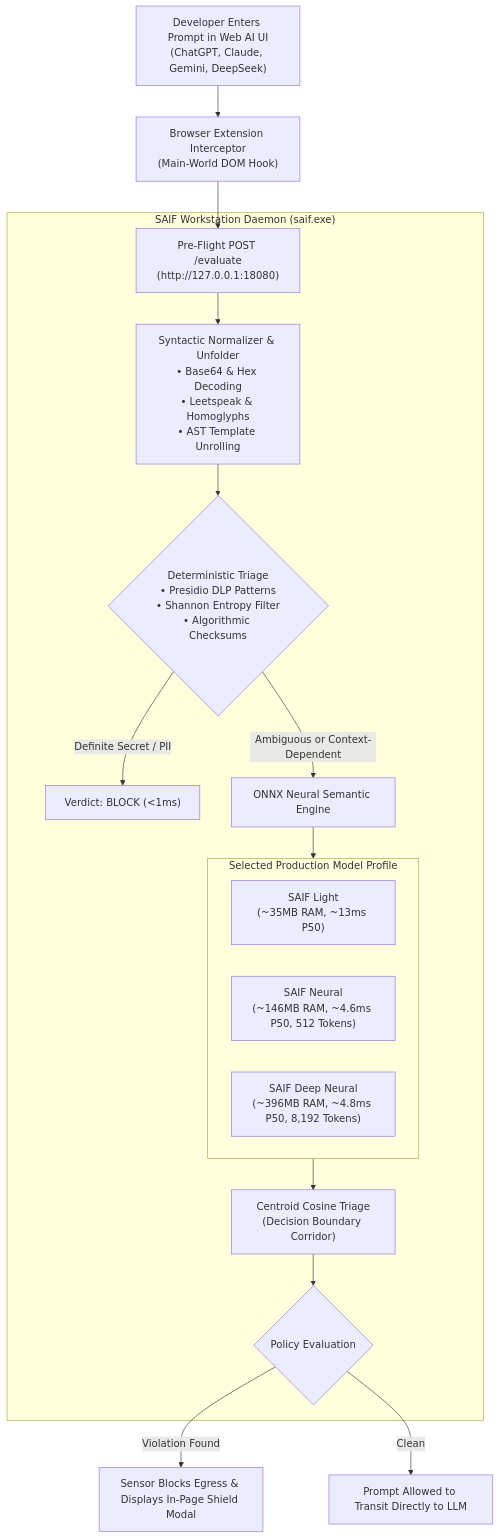
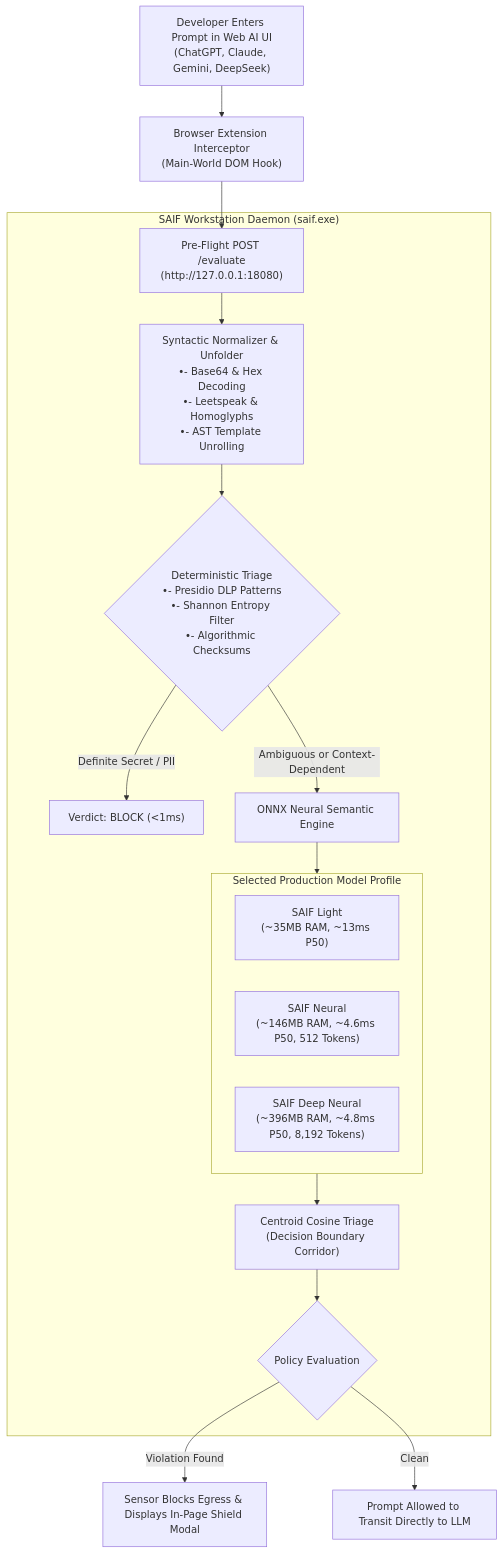
One commit to sudohackfu/saif-free-tier changed the diagram in docs/BENCHMARK.md. Above: the diagram before and after it, drawn with Mermaid. The commit also changed other lines of this file and 9 other files, not shown here.

Commit message:
docs(architecture): add Mermaid diagrams and cross-link architecture documentation

````diff
--- a/docs/BENCHMARK.md
+++ b/docs/BENCHMARK.md
@@ -35,31 +35,31 @@
 ```mermaid
 flowchart TD
     UserPrompt["Developer Enters Prompt in Web AI UI<br/>(ChatGPT, Claude, Gemini, DeepSeek)"]
     Sensor["Browser Extension Interceptor<br/>(Main-World DOM Hook)"]
     UserPrompt --> Sensor
     
     Sensor --> Preflight["Pre-Flight POST /evaluate<br/>(http://127.0.0.1:18080)"]
     
     subgraph WorkstationDaemon["SAIF Workstation Daemon (saif.exe)"]
-        Preproc["Syntactic Normalizer & Unfolder<br/>• Base64 & Hex Decoding<br/>• Leetspeak & Homoglyphs<br/>• AST Template Unrolling"]
+        Preproc["Syntactic Normalizer & Unfolder<br/>•- Base64 & Hex Decoding<br/>•- Leetspeak & Homoglyphs<br/>•- AST Template Unrolling"]
         Preflight --> Preproc
         
-        FastPath{"Deterministic Triage<br/>• Presidio DLP Patterns<br/>• Shannon Entropy Filter<br/>• Algorithmic Checksums"}
+        FastPath{"Deterministic Triage<br/>•- Presidio DLP Patterns<br/>•- Shannon Entropy Filter<br/>•- Algorithmic Checksums"}
         Preproc --> FastPath
         
         FastPath -->|Definite Secret / PII| BlockVerdict["Verdict: BLOCK (<1ms)"]
         FastPath -->|Ambiguous or Context-Dependent| NeuralCascade["ONNX Neural Semantic Engine"]
         
         subgraph Models["Selected Production Model Profile"]
             M1["SAIF Light<br/>(~35MB RAM, ~13ms P50)"]
             M2["SAIF Neural<br/>(~146MB RAM, ~4.6ms P50, 512 Tokens)"]
             M3["SAIF Deep Neural<br/>(~396MB RAM, ~4.8ms P50, 8,192 Tokens)"]
         end
         NeuralCascade --> Models
         Models --> CentroidMatch["Centroid Cosine Triage<br/>(Decision Boundary Corridor)"]
         CentroidMatch --> FinalVerdict{"Policy Evaluation"}
     end
     
     FinalVerdict -->|Violation Found| ModalBlock["Sensor Blocks Egress & Displays In-Page Shield Modal"]
     FinalVerdict -->|Clean| SafePass["Prompt Allowed to Transit Directly to LLM"]
 ```
````
